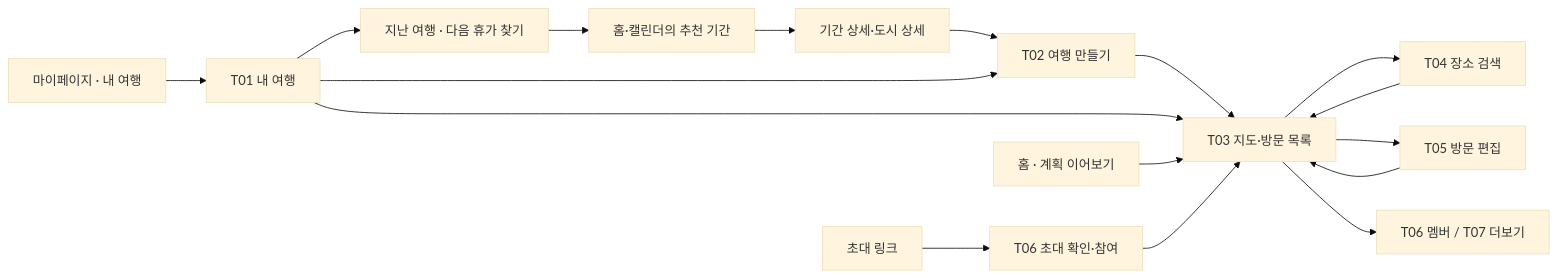
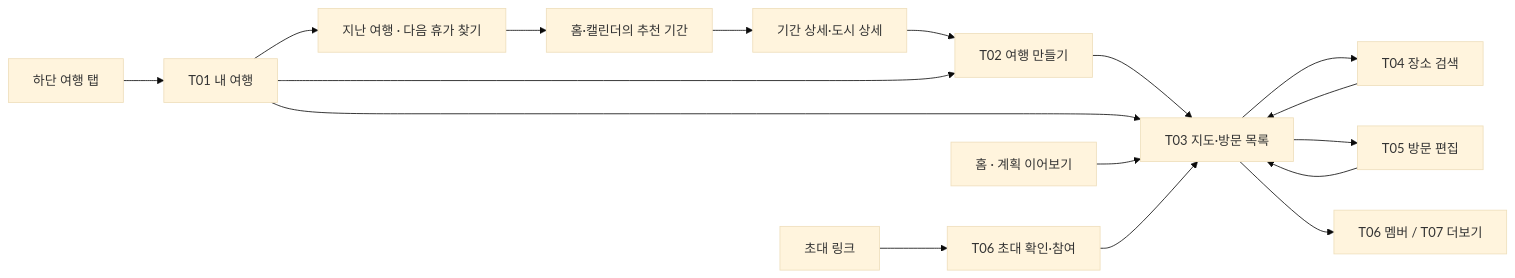
Before and after one commit to Team-Bigong/oguri-kotlin-multiplatform: the diagram in plan/TRAVEL_PLANNER_DESIGN.md, drawn with Mermaid (base theme). The commit also changed other lines of this file and 17 other files, not shown here.

````diff
--- a/plan/TRAVEL_PLANNER_DESIGN.md
+++ b/plan/TRAVEL_PLANNER_DESIGN.md
@@ -41,19 +41,19 @@
 ```mermaid
 flowchart LR
     A["홈·캘린더의 추천 기간"] --> B["기간 상세·도시 상세"]
     B --> C["T02 여행 만들기"]
-    D["마이페이지 · 내 여행"] --> E["T01 내 여행"]
+    D["하단 여행 탭"] --> E["T01 내 여행"]
     E --> C
     C --> F["T03 지도·방문 목록"]
     E --> F
     G["홈 · 계획 이어보기"] --> F
     H["초대 링크"] --> I["T06 초대 확인·참여"]
     I --> F
     F --> J["T04 장소 검색"]
     J --> F
     F --> K["T05 방문 편집"]
     K --> F
     F --> L["T06 멤버 / T07 더보기"]
     E --> M["지난 여행 · 다음 휴가 찾기"]
     M --> A
 ```
````
